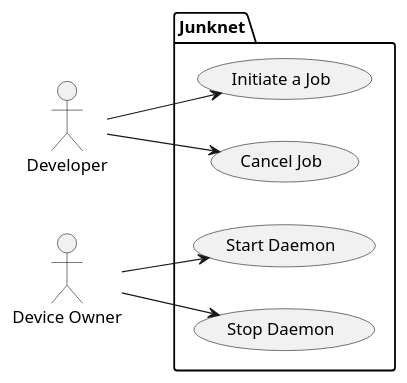
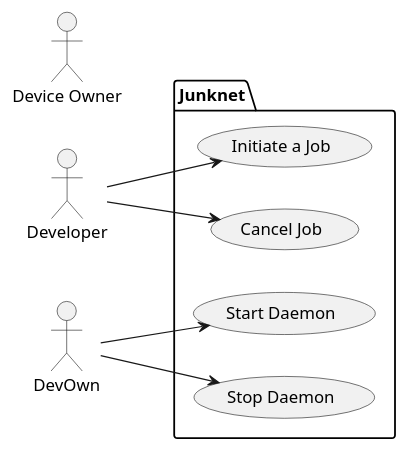
The diagram in UseCase/usecase.plantuml (cs130-w21/1), drawn with PlantUML before and after one commit. The commit also changed 1 other file, not shown here.

Commit message:
Revert changes while keeping changes on Usecase diagram

```diff
--- a/UseCase/usecase.plantuml
+++ b/UseCase/usecase.plantuml
@@ -1,19 +1,19 @@
 @startuml
+
 left to right direction
 
 actor Developer as developer
-actor "Device Owner" as DevOwn
-
+actor "Device Owner" as devOwn
 package Junknet { 
 	usecase (Initiate a Job) as initiate
 	usecase (Cancel Job) as cancel
         usecase (Start Daemon) as start
         usecase (Stop Daemon) as stop
 
 }
 
 developer --> initiate
 developer --> cancel
 DevOwn --> start
 DevOwn --> stop
 @enduml
```
